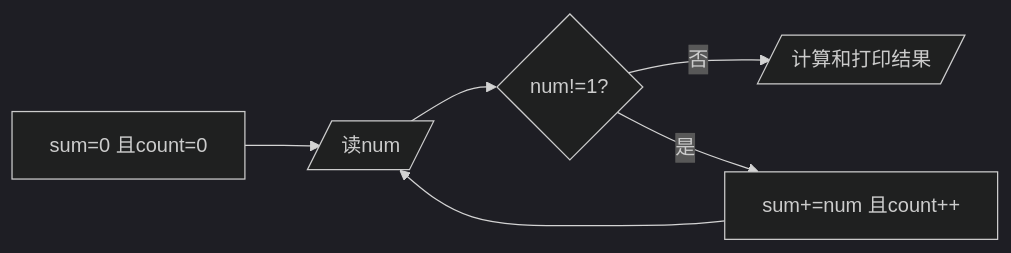
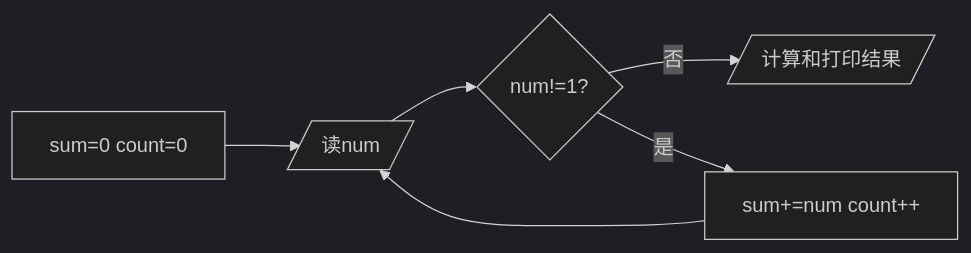
Before and after one commit to henan-wq/learn_c: the diagram in 4.2/README.md, drawn with Mermaid (dark theme). The commit also changed other lines of this file and 9 other files, not shown here.

````diff
--- a/4.2/README.md
+++ b/4.2/README.md
@@ -382,8 +382,8 @@
 ```mermaid
 graph LR
-a["sum=0 且count=0"] --> b[/读num/]
+a["sum=0 count=0"] --> b[/读num/]
 b --> c{"num!=1?"}
 c --> |否|d[/计算和打印结果/]
-c --> |是|e["sum+=num 且count++"]
+c --> |是|e["sum+=num count++"]
 e --> b
 ```
````
